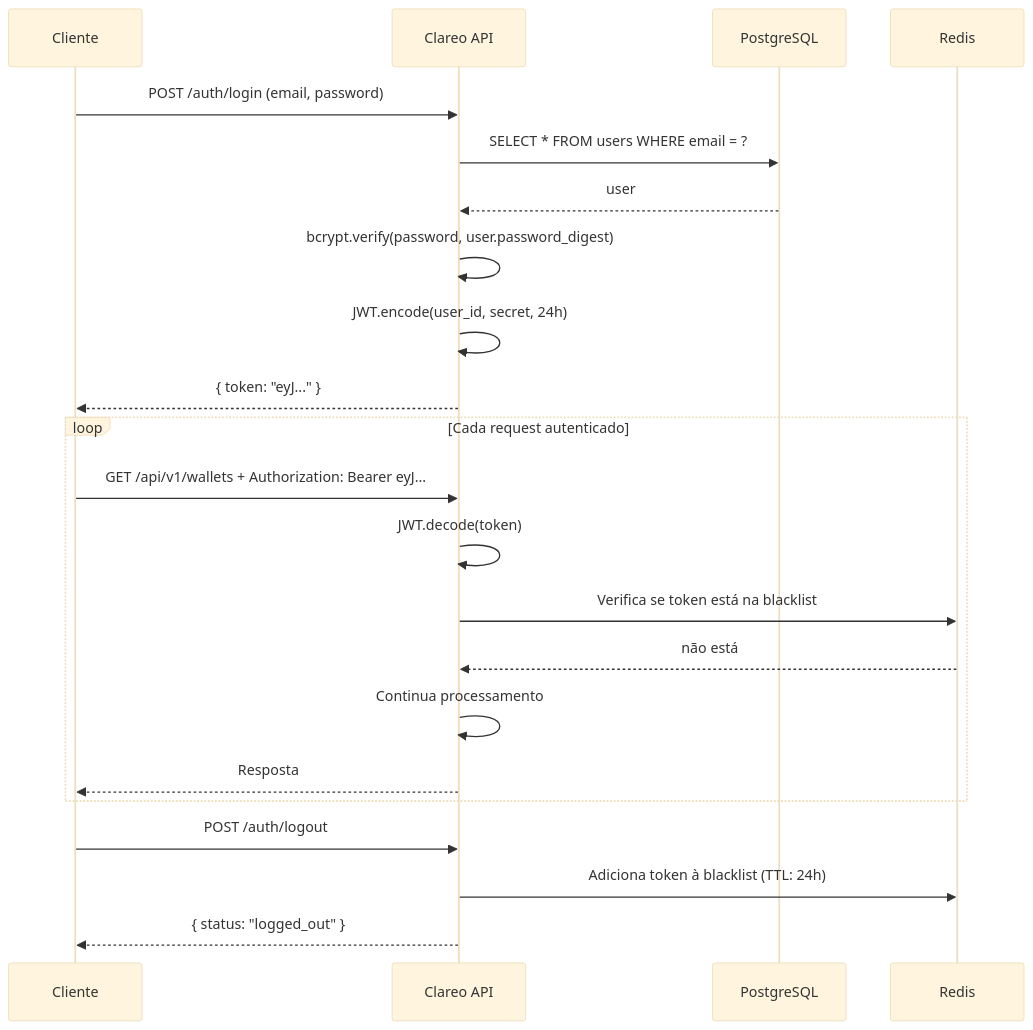
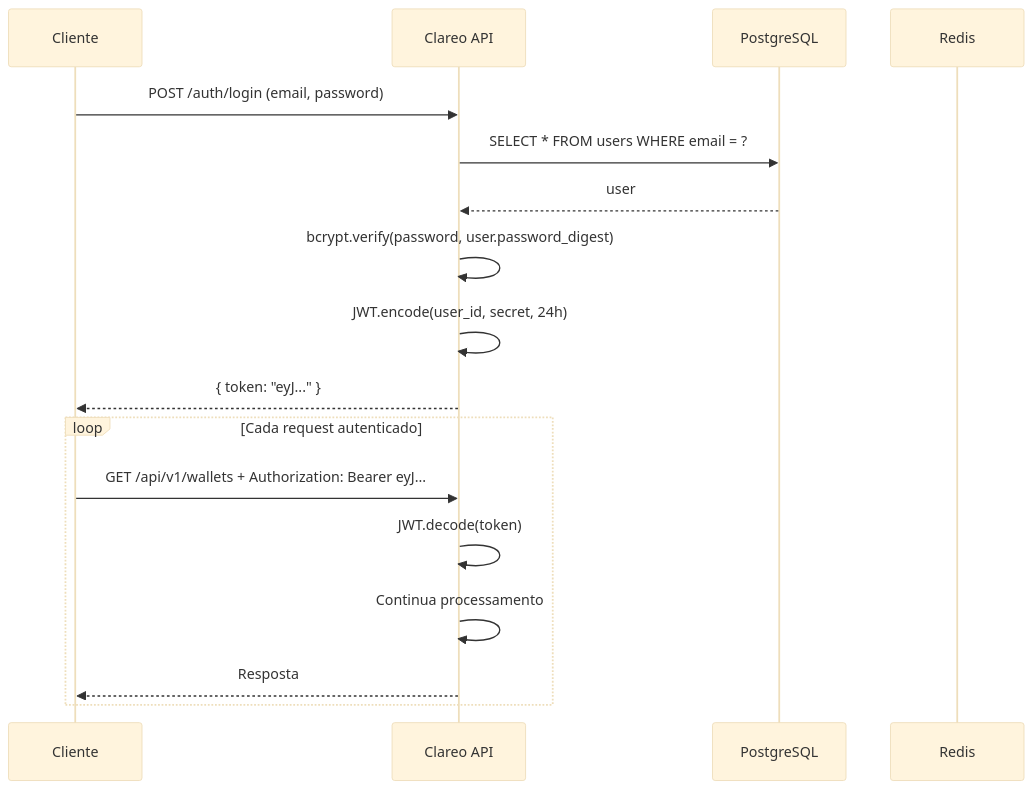
The sixth of 6 diagrams in doc/16-DIAGRAMAS.md (GabrielHR0/clareo-api), drawn with Mermaid (base theme) before and after one commit. The commit also changed other lines of this file and 18 other files, not shown here.

````diff
--- a/doc/16-DIAGRAMAS.md
+++ b/doc/16-DIAGRAMAS.md
@@ -211,28 +206,22 @@
 ```mermaid
 sequenceDiagram
     participant C as Cliente
     participant A as Clareo API
     participant DB as PostgreSQL
     participant R as Redis
 
     C->>A: POST /auth/login (email, password)
     A->>DB: SELECT * FROM users WHERE email = ?
     DB-->>A: user
 
     A->>A: bcrypt.verify(password, user.password_digest)
     A->>A: JWT.encode(user_id, secret, 24h)
     A-->>C: { token: "eyJ..." }
 
     loop Cada request autenticado
         C->>A: GET /api/v1/wallets + Authorization: Bearer eyJ...
         A->>A: JWT.decode(token)
-        A->>R: Verifica se token está na blacklist
-        R-->>A: não está
         A->>A: Continua processamento
         A-->>C: Resposta
     end
-
-    C->>A: POST /auth/logout
-    A->>R: Adiciona token à blacklist (TTL: 24h)
-    A-->>C: { status: "logged_out" }
 ```
````
